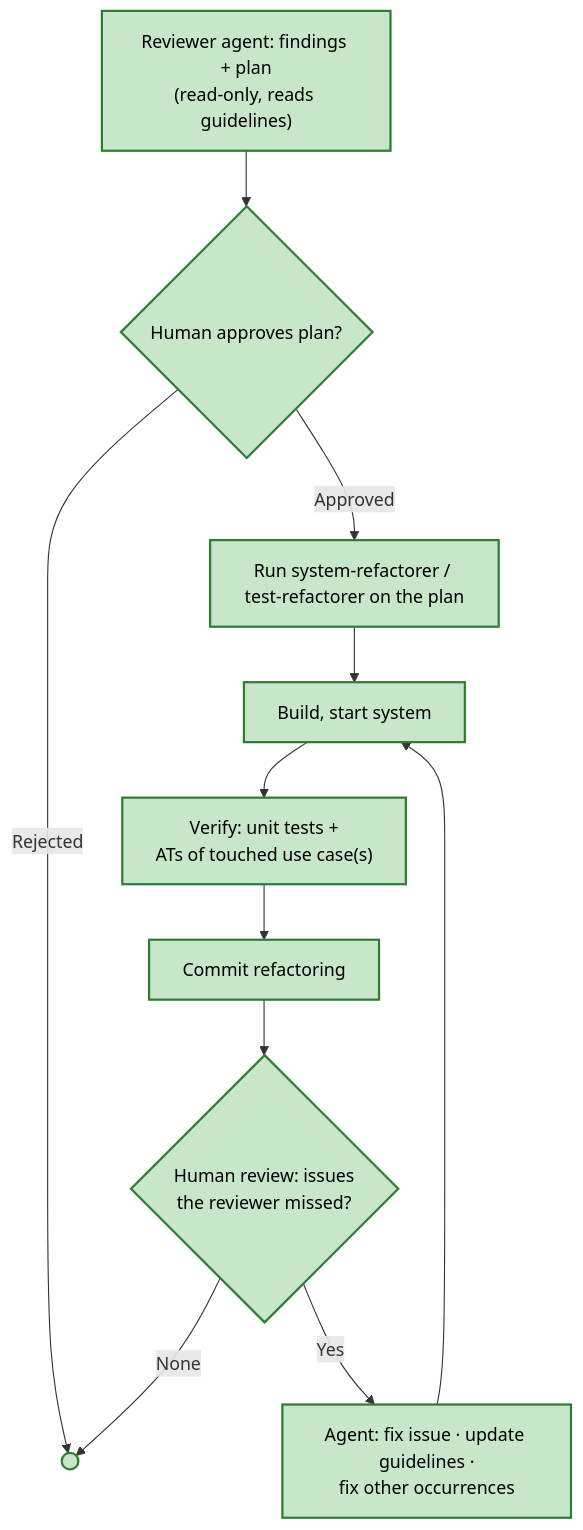
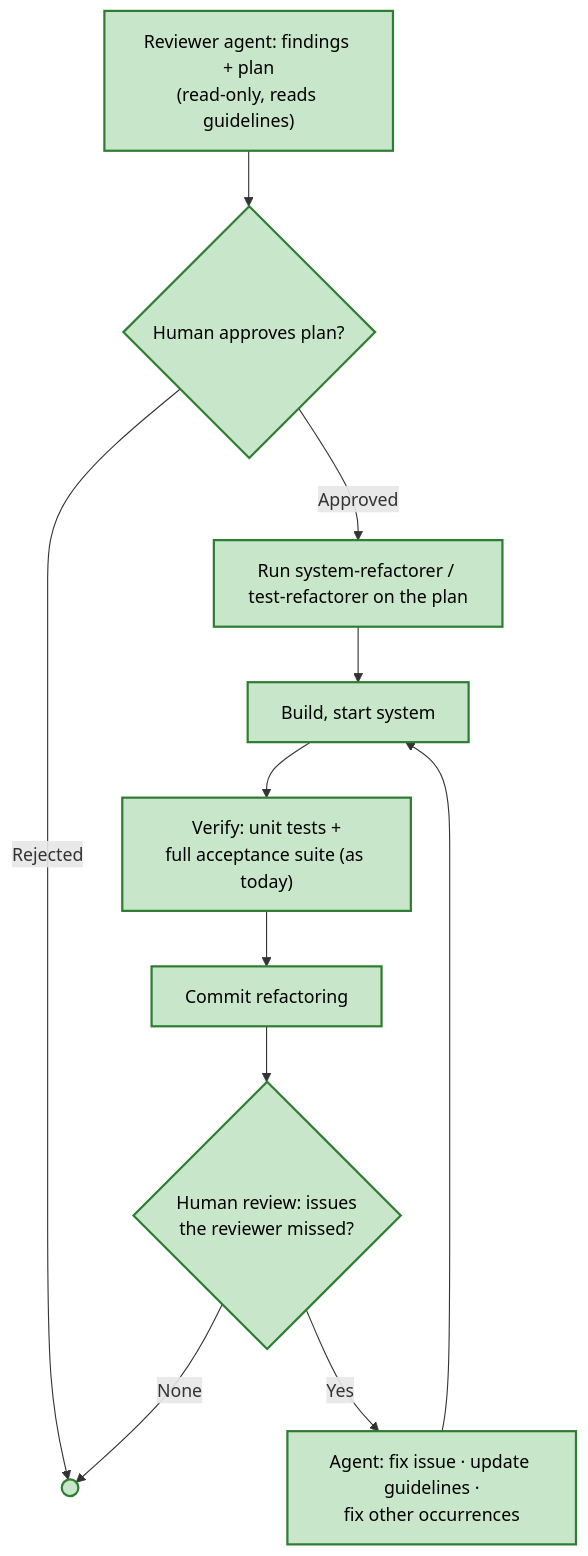
One commit to optivem/gh-optivem changed the tenth of 11 diagrams in plans/20261109-1219-improved-atdd-process-flow.md. Above: the diagram before and after it, drawn with Mermaid. The commit also changed other lines of this file and 9 other files, not shown here.

````diff
--- a/plans/20261109-1219-improved-atdd-process-flow.md
+++ b/plans/20261109-1219-improved-atdd-process-flow.md
@@ -338,23 +340,23 @@
 ```mermaid
 flowchart TD
     RUN_REVIEWER["Reviewer agent: findings + plan<br/>(read-only, reads guidelines)"]
     APPROVE_PLAN{Human approves plan?}
     EXECUTE_PLAN[Run system-refactorer / test-refactorer on the plan]
     COMPILE_AND_START[Build, start system]
-    VERIFY_TOUCHED["Verify: unit tests +<br/>ATs of touched use case(s)"]
+    VERIFY_TOUCHED["Verify: unit tests +<br/>full acceptance suite (as today)"]
     COMMIT_REFACTOR[Commit refactoring]
     HUMAN_REVIEW{Human review: issues<br/>the reviewer missed?}
     UPDATE_GUIDELINES["Agent: fix issue · update guidelines ·<br/>fix other occurrences"]
     REVIEW_END(( ))
 
     RUN_REVIEWER --> APPROVE_PLAN
     APPROVE_PLAN -- Rejected --> REVIEW_END
     APPROVE_PLAN -- Approved --> EXECUTE_PLAN
     EXECUTE_PLAN --> COMPILE_AND_START --> VERIFY_TOUCHED --> COMMIT_REFACTOR --> HUMAN_REVIEW
     HUMAN_REVIEW -- None --> REVIEW_END
     HUMAN_REVIEW -- Yes --> UPDATE_GUIDELINES
     UPDATE_GUIDELINES --> COMPILE_AND_START
 
     classDef new fill:#c8e6c9,stroke:#2e7d32,stroke-width:2px,color:#000
     class RUN_REVIEWER,APPROVE_PLAN,EXECUTE_PLAN,COMPILE_AND_START,VERIFY_TOUCHED,COMMIT_REFACTOR,HUMAN_REVIEW,UPDATE_GUIDELINES,REVIEW_END new
 ```
````
